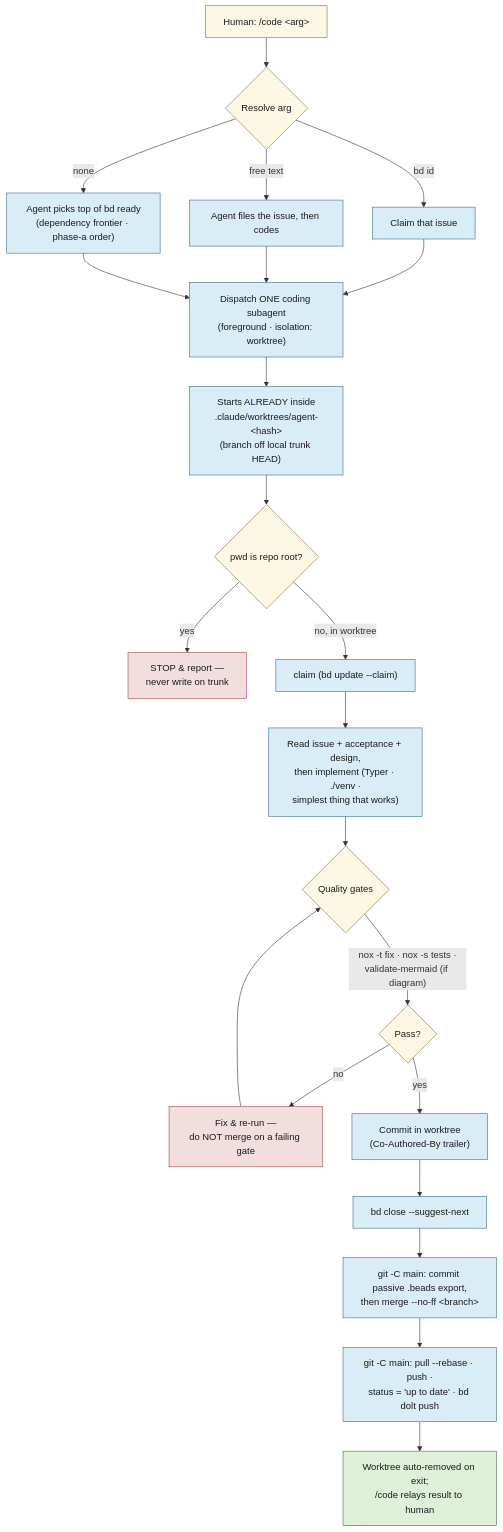
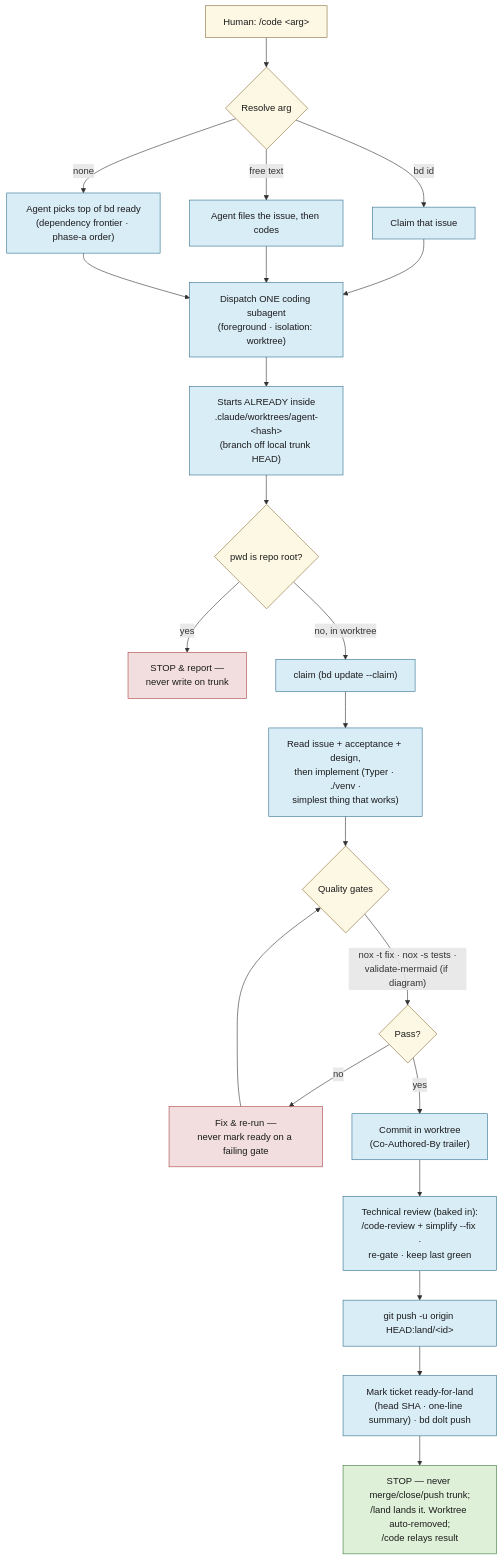
Before and after one commit to bildzeitung/lode: the second of 4 diagrams in docs/agents-workflow.md, drawn with Mermaid. The commit also changed other lines of this file, not shown here.

First line of the commit message:
docs(agents-workflow): reconcile coding loop with the producer model; document self-paced /land

````diff
--- a/docs/agents-workflow.md
+++ b/docs/agents-workflow.md
@@ -122,39 +133,39 @@
 ```mermaid
 flowchart TD
     INV["Human: /code &lt;arg&gt;"] --> RES{"Resolve arg"}
     RES -->|"bd id"| T1["Claim that issue"]
     RES -->|"free text"| T2["Agent files the issue, then codes"]
     RES -->|"none"| T3["Agent picks top of bd ready<br>(dependency frontier · phase-a order)"]
 
     T1 --> DISP["Dispatch ONE coding subagent<br>(foreground · isolation: worktree)"]
     T2 --> DISP
     T3 --> DISP
 
     DISP --> WT["Starts ALREADY inside<br>.claude/worktrees/agent-&lt;hash&gt;<br>(branch off local trunk HEAD)"]
     WT --> GUARD{"pwd is repo root?"}
     GUARD -->|"yes"| BAIL["STOP & report —<br>never write on trunk"]
     GUARD -->|"no, in worktree"| CLAIM["claim (bd update --claim)"]
 
     CLAIM --> IMPL["Read issue + acceptance + design,<br>then implement (Typer · ./venv ·<br>simplest thing that works)"]
     IMPL --> GATES{"Quality gates"}
     GATES -->|"nox -t fix · nox -s tests ·<br>validate-mermaid (if diagram)"| GFAIL{"Pass?"}
-    GFAIL -->|"no"| FIX["Fix & re-run —<br>do NOT merge on a failing gate"]
+    GFAIL -->|"no"| FIX["Fix & re-run —<br>never mark ready on a failing gate"]
     FIX --> GATES
     GFAIL -->|"yes"| COMMIT["Commit in worktree<br>(Co-Authored-By trailer)"]
 
-    COMMIT --> CLOSE["bd close --suggest-next"]
-    CLOSE --> MERGE["git -C main: commit passive .beads export,<br>then merge --no-ff &lt;branch&gt;"]
-    MERGE --> PUSH["git -C main: pull --rebase · push ·<br>status = 'up to date' · bd dolt push"]
-    PUSH --> DONE["Worktree auto-removed on exit;<br>/code relays result to human"]
+    COMMIT --> TR["Technical review (baked in):<br>/code-review + simplify --fix ·<br>re-gate · keep last green"]
+    TR --> PUSH["git push -u origin HEAD:land/&lt;id&gt;"]
+    PUSH --> MARK["Mark ticket ready-for-land<br>(head SHA · one-line summary) · bd dolt push"]
+    MARK --> STOP["STOP — never merge/close/push trunk;<br>/land lands it. Worktree auto-removed;<br>/code relays result"]
 
     classDef start fill:#fcf8e3,stroke:#8a6d3b,color:#1b1b1b;
     classDef work fill:#d9edf7,stroke:#31708f,color:#1b1b1b;
     classDef gate fill:#fcf8e3,stroke:#8a6d3b,color:#1b1b1b;
     classDef bad fill:#f2dede,stroke:#a94442,color:#1b1b1b;
     classDef good fill:#dff0d8,stroke:#3c763d,color:#1b1b1b;
     class INV,RES start;
-    class T1,T2,T3,DISP,WT,CLAIM,IMPL,COMMIT,CLOSE,MERGE,PUSH work;
+    class T1,T2,T3,DISP,WT,CLAIM,IMPL,COMMIT,TR,PUSH,MARK work;
     class GATES,GFAIL,GUARD gate;
     class BAIL,FIX bad;
-    class DONE good;
+    class STOP good;
 ```
````
